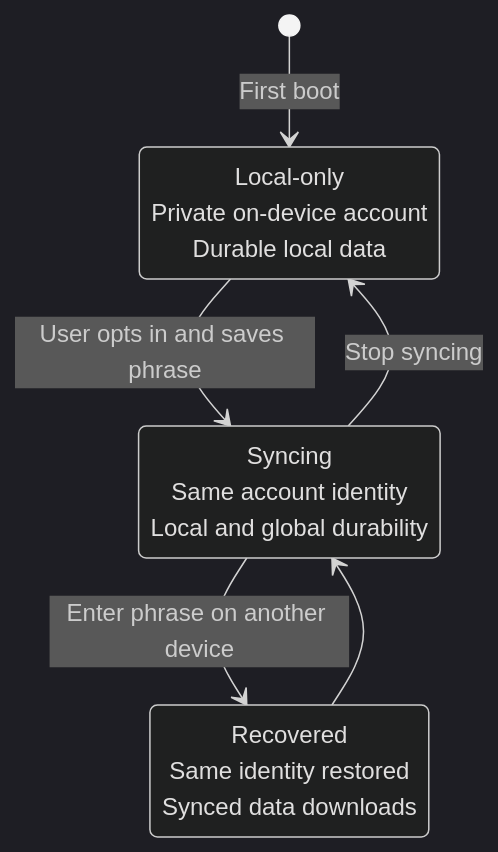
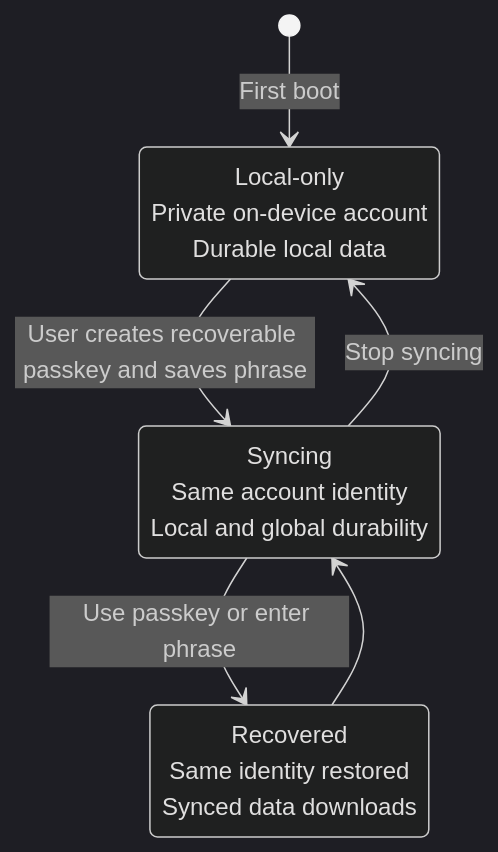
One commit to FelineStateMachine/lofi changed the diagram in docs/sync-and-recovery.md. Above: the diagram before and after it, drawn with Mermaid (dark theme). The commit also changed other lines of this file and 41 other files, not shown here.

````diff
--- a/docs/sync-and-recovery.md
+++ b/docs/sync-and-recovery.md
@@ -38,11 +38,11 @@
 ```mermaid
 stateDiagram-v2
     [*] --> LocalOnly: First boot
     state "Local-only<br/>Private on-device account<br/>Durable local data" as LocalOnly
-    LocalOnly --> Syncing: User opts in and saves phrase
+    LocalOnly --> Syncing: User creates recoverable passkey and saves phrase
     state "Syncing<br/>Same account identity<br/>Local and global durability" as Syncing
     Syncing --> LocalOnly: Stop syncing
-    Syncing --> Recovered: Enter phrase on another device
+    Syncing --> Recovered: Use passkey or enter phrase
     state "Recovered<br/>Same identity restored<br/>Synced data downloads" as Recovered
     Recovered --> Syncing
 ```
````
